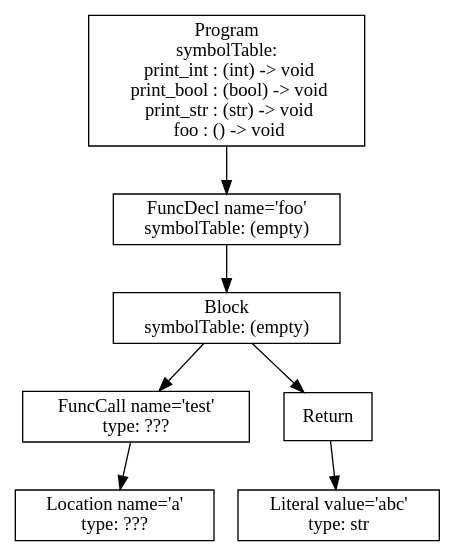
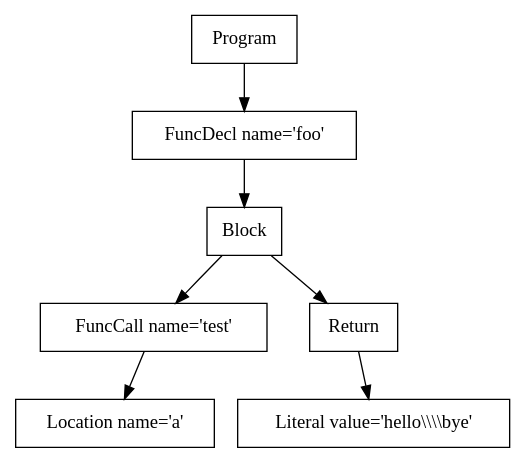
Before and after one commit to phamml/p2-parser: the diagram in tree.dot, drawn with Graphviz. The commit also changed 5 other files, not shown here.

```diff
--- a/tree.dot
+++ b/tree.dot
@@ -1,15 +1,15 @@
 digraph AST {
-4 [shape=box, label="Location name='a'\ntype: ???"];
-3 [shape=box, label="FuncCall name='test'\ntype: ???"];
+4 [shape=box, label="Location name='a'"];
+3 [shape=box, label="FuncCall name='test'"];
 3 -> 4;
-6 [shape=box, label="Literal value='abc'\ntype: str"];
+6 [shape=box, label="Literal value='hello\\\\\\\\bye'"];
 5 [shape=box, label="Return"];
 5 -> 6;
-2 [shape=box, label="Block\nsymbolTable: (empty)"];
+2 [shape=box, label="Block"];
 2 -> 3;
 2 -> 5;
-1 [shape=box, label="FuncDecl name='foo'\nsymbolTable: (empty)"];
+1 [shape=box, label="FuncDecl name='foo'"];
 1 -> 2;
-0 [shape=box, label="Program\nsymbolTable: \n  print_int : (int) -> void\n  print_bool : (bool) -> void\n  print_str : (str) -> void\n  foo : () -> void"];
+0 [shape=box, label="Program"];
 0 -> 1;
 }
```
